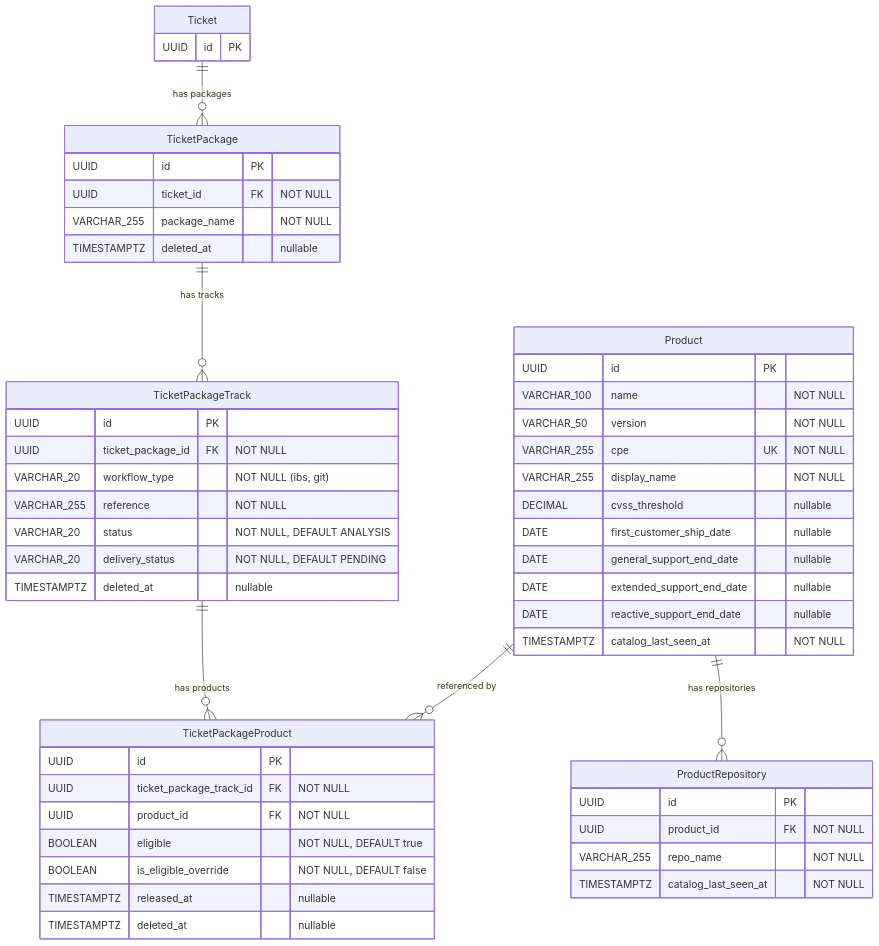
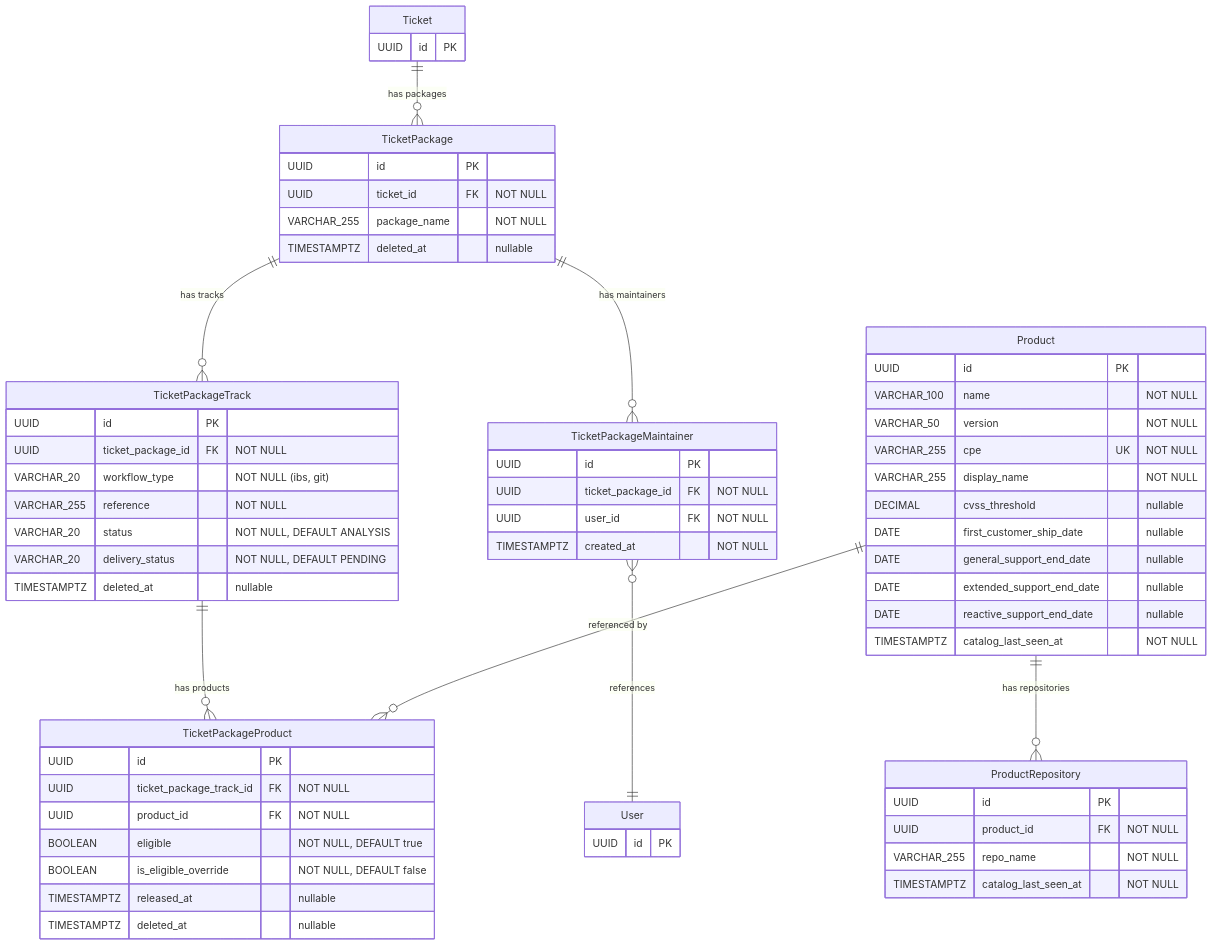
Before and after one commit to StayPirate/STAMP: the third of 6 diagrams in docs/data-model.md, drawn with Mermaid. The commit also changed other lines of this file and 20 other files, not shown here.

````diff
--- a/docs/data-model.md
+++ b/docs/data-model.md
@@ -222,55 +225,66 @@
 ```mermaid
 erDiagram
     Ticket {
         UUID id PK
     }
     TicketPackage {
         UUID id PK
         UUID ticket_id FK "NOT NULL"
         VARCHAR_255 package_name "NOT NULL"
         TIMESTAMPTZ deleted_at "nullable"
+    }
+    TicketPackageMaintainer {
+        UUID id PK
+        UUID ticket_package_id FK "NOT NULL"
+        UUID user_id FK "NOT NULL"
+        TIMESTAMPTZ created_at "NOT NULL"
     }
     TicketPackageTrack {
         UUID id PK
         UUID ticket_package_id FK "NOT NULL"
         VARCHAR_20 workflow_type "NOT NULL (ibs, git)"
         VARCHAR_255 reference "NOT NULL"
         VARCHAR_20 status "NOT NULL, DEFAULT ANALYSIS"
         VARCHAR_20 delivery_status "NOT NULL, DEFAULT PENDING"
         TIMESTAMPTZ deleted_at "nullable"
     }
     TicketPackageProduct {
         UUID id PK
         UUID ticket_package_track_id FK "NOT NULL"
         UUID product_id FK "NOT NULL"
         BOOLEAN eligible "NOT NULL, DEFAULT true"
         BOOLEAN is_eligible_override "NOT NULL, DEFAULT false"
         TIMESTAMPTZ released_at "nullable"
         TIMESTAMPTZ deleted_at "nullable"
     }
     Product {
         UUID id PK
         VARCHAR_100 name "NOT NULL"
         VARCHAR_50 version "NOT NULL"
         VARCHAR_255 cpe UK "NOT NULL"
         VARCHAR_255 display_name "NOT NULL"
         DECIMAL cvss_threshold "nullable"
         DATE first_customer_ship_date "nullable"
         DATE general_support_end_date "nullable"
         DATE extended_support_end_date "nullable"
         DATE reactive_support_end_date "nullable"
         TIMESTAMPTZ catalog_last_seen_at "NOT NULL"
     }
     ProductRepository {
         UUID id PK
         UUID product_id FK "NOT NULL"
         VARCHAR_255 repo_name "NOT NULL"
         TIMESTAMPTZ catalog_last_seen_at "NOT NULL"
     }
+    User {
+        UUID id PK
+    }
 
     Ticket ||--o{ TicketPackage : "has packages"
     TicketPackage ||--o{ TicketPackageTrack : "has tracks"
+    TicketPackage ||--o{ TicketPackageMaintainer : "has maintainers"
+    TicketPackageMaintainer }o--|| User : "references"
     TicketPackageTrack ||--o{ TicketPackageProduct : "has products"
     Product ||--o{ TicketPackageProduct : "referenced by"
     Product ||--o{ ProductRepository : "has repositories"
 ```
````
